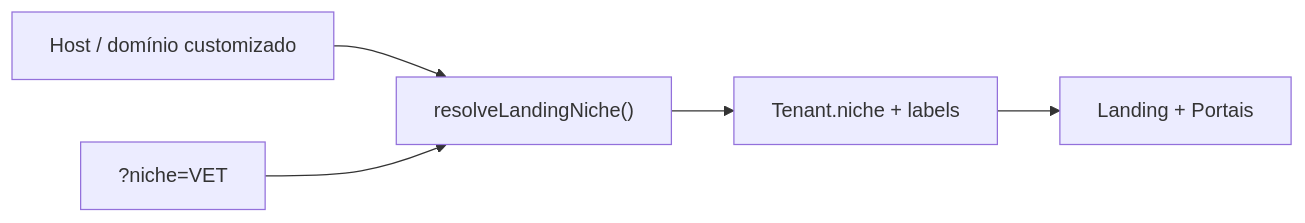
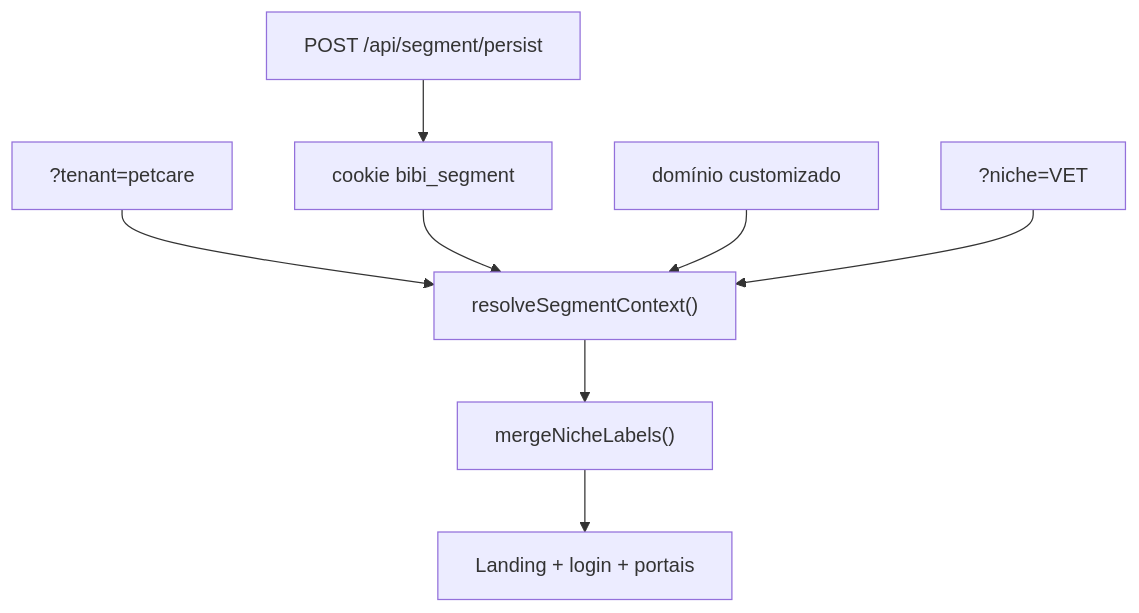
One commit to Piulres/sistema-bibi changed the first of 10 diagrams in docs/produto/FLUXOS.md. Above: the diagram before and after it, drawn with Mermaid. The commit also changed other lines of this file and 6 other files, not shown here.

First line of the commit message:
docs: alinhar segment routing, pre-release e testes após merge v2.0

````diff
--- a/docs/produto/FLUXOS.md
+++ b/docs/produto/FLUXOS.md
@@ -44,7 +44,10 @@
 ```mermaid
-flowchart LR
-  Host["Host / domínio customizado"] --> Resolve["resolveLandingNiche()"]
-  Query["?niche=VET"] --> Resolve
-  Resolve --> Tenant["Tenant.niche + labels"]
-  Tenant --> UI["Landing + Portais"]
+flowchart TD
+  TenantQ["?tenant=petcare"] --> Resolve["resolveSegmentContext()"]
+  Cookie["cookie bibi_segment"] --> Resolve
+  Host["domínio customizado"] --> Resolve
+  NicheQ["?niche=VET"] --> Resolve
+  Resolve --> Labels["mergeNicheLabels()"]
+  Labels --> UI["Landing + login + portais"]
+  Persist["POST /api/segment/persist"] --> Cookie
 ```
````
